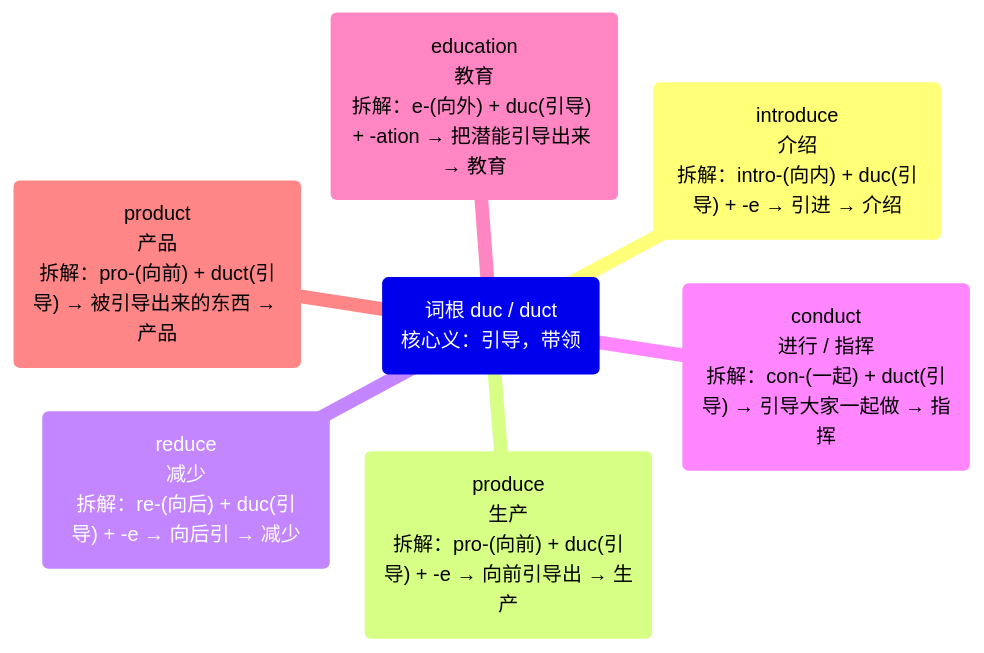
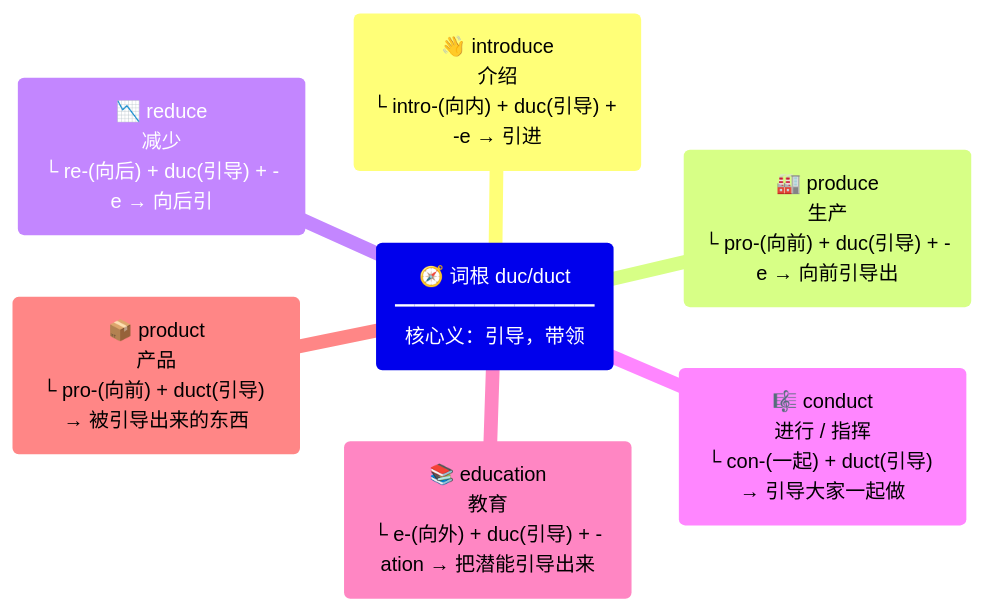
One commit to suhuide/h changed the tenth of 31 diagrams in files/other/e.md. Above: the diagram before and after it, drawn with Mermaid. The commit also changed other lines of this file, not shown here.

````diff
--- a/files/other/e.md
+++ b/files/other/e.md
@@ -103,10 +103,10 @@
 ```mermaid
 mindmap
-  root("词根 duc / duct<br>核心义：引导，带领")
-    introduce("introduce<br>介绍<br>拆解：intro-(向内) + duc(引导) + -e → 引进 → 介绍")
-    produce("produce<br>生产<br>拆解：pro-(向前) + duc(引导) + -e → 向前引导出 → 生产")
-    reduce("reduce<br>减少<br>拆解：re-(向后) + duc(引导) + -e → 向后引 → 减少")
-    conduct("conduct<br>进行 / 指挥<br>拆解：con-(一起) + duct(引导) → 引导大家一起做 → 指挥")
-    education("education<br>教育<br>拆解：e-(向外) + duc(引导) + -ation → 把潜能引导出来 → 教育")
-    product("product<br>产品<br>拆解：pro-(向前) + duct(引导) → 被引导出来的东西 → 产品")
+  root("🧭 词根 duc/duct<br>━━━━━━━━━━<br>核心义：引导，带领")
+    introduce("👋 introduce<br>介绍<br>└ intro-(向内) + duc(引导) + -e → 引进")
+    produce("🏭 produce<br>生产<br>└ pro-(向前) + duc(引导) + -e → 向前引导出")
+    reduce("📉 reduce<br>减少<br>└ re-(向后) + duc(引导) + -e → 向后引")
+    conduct("🎼 conduct<br>进行 / 指挥<br>└ con-(一起) + duct(引导) → 引导大家一起做")
+    education("📚 education<br>教育<br>└ e-(向外) + duc(引导) + -ation → 把潜能引导出来")
+    product("📦 product<br>产品<br>└ pro-(向前) + duct(引导) → 被引导出来的东西")
 ```
````
